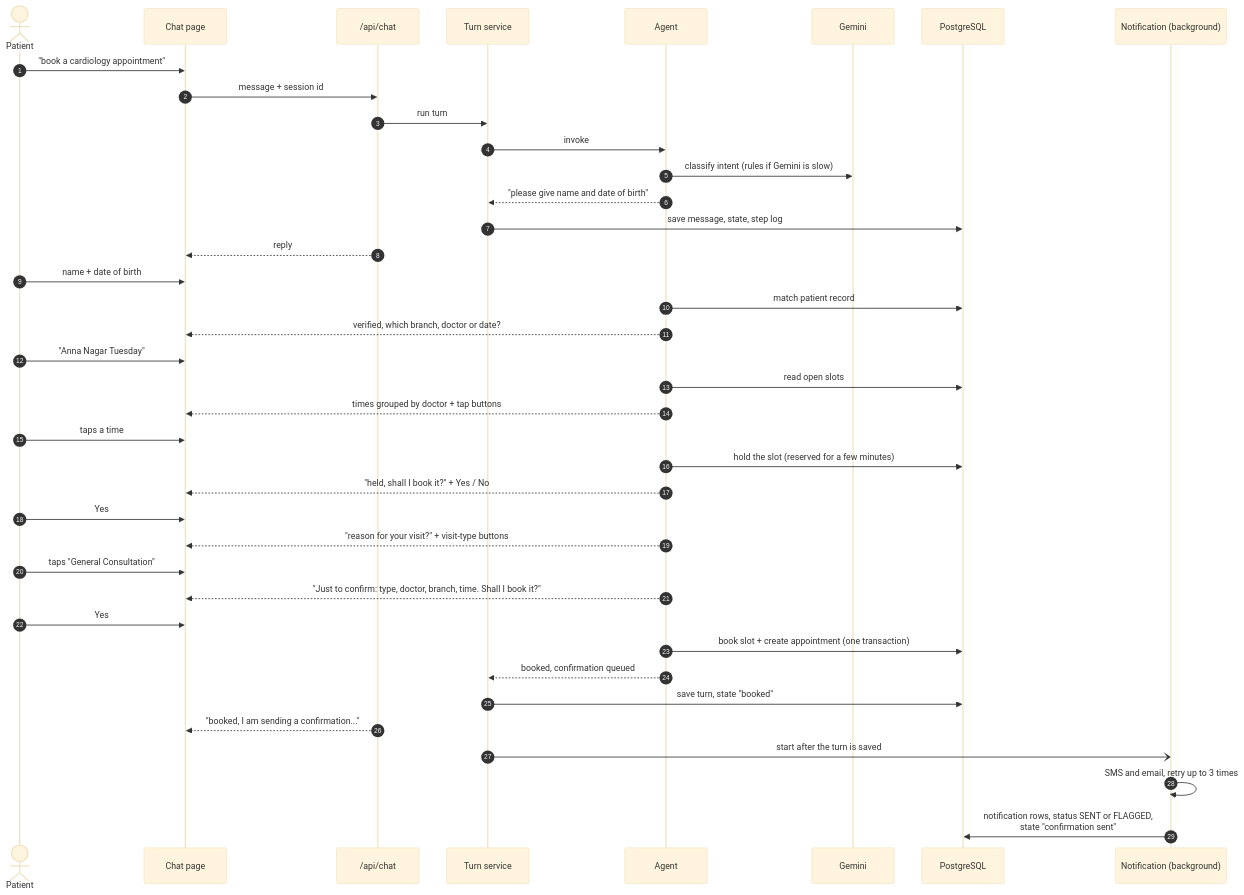
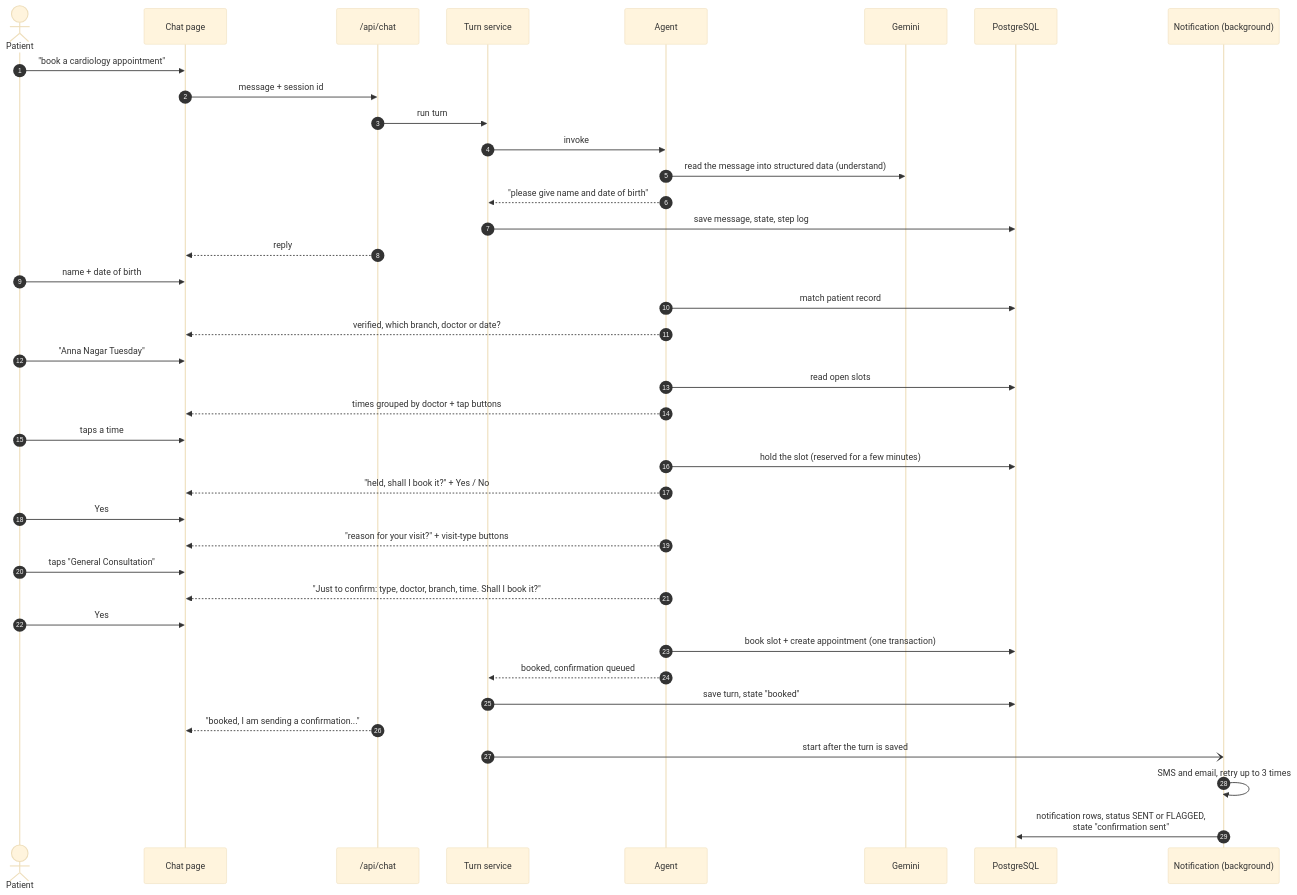
One commit to Surendra1345/iclinic changed the third of 7 diagrams in docs/ARCHITECTURE.md. Above: the diagram before and after it, drawn with Mermaid (base theme). The commit also changed other lines of this file and 76 other files, not shown here.

````diff
--- a/docs/ARCHITECTURE.md
+++ b/docs/ARCHITECTURE.md
@@ -102,42 +79,42 @@
 ```mermaid
 sequenceDiagram
     autonumber
     actor P as Patient
     participant UI as Chat page
     participant API as /api/chat
     participant T as Turn service
     participant A as Agent
     participant G as Gemini
     participant DB as PostgreSQL
     participant N as Notification (background)
 
     P->>UI: "book a cardiology appointment"
     UI->>API: message + session id
     API->>T: run turn
     T->>A: invoke
-    A->>G: classify intent (rules if Gemini is slow)
+    A->>G: read the message into structured data (understand)
     A-->>T: "please give name and date of birth"
     T->>DB: save message, state, step log
     API-->>UI: reply
     P->>UI: name + date of birth
     A->>DB: match patient record
     A-->>UI: verified, which branch, doctor or date?
     P->>UI: "Anna Nagar Tuesday"
     A->>DB: read open slots
     A-->>UI: times grouped by doctor + tap buttons
     P->>UI: taps a time
     A->>DB: hold the slot (reserved for a few minutes)
     A-->>UI: "held, shall I book it?" + Yes / No
     P->>UI: Yes
     A-->>UI: "reason for your visit?" + visit-type buttons
     P->>UI: taps "General Consultation"
     A-->>UI: "Just to confirm: type, doctor, branch, time. Shall I book it?"
     P->>UI: Yes
     A->>DB: book slot + create appointment (one transaction)
     A-->>T: booked, confirmation queued
     T->>DB: save turn, state "booked"
     API-->>UI: "booked, I am sending a confirmation..."
     T-)N: start after the turn is saved
     N->>N: SMS and email, retry up to 3 times
     N->>DB: notification rows, status SENT or FLAGGED,<br/>state "confirmation sent"
 ```
````
